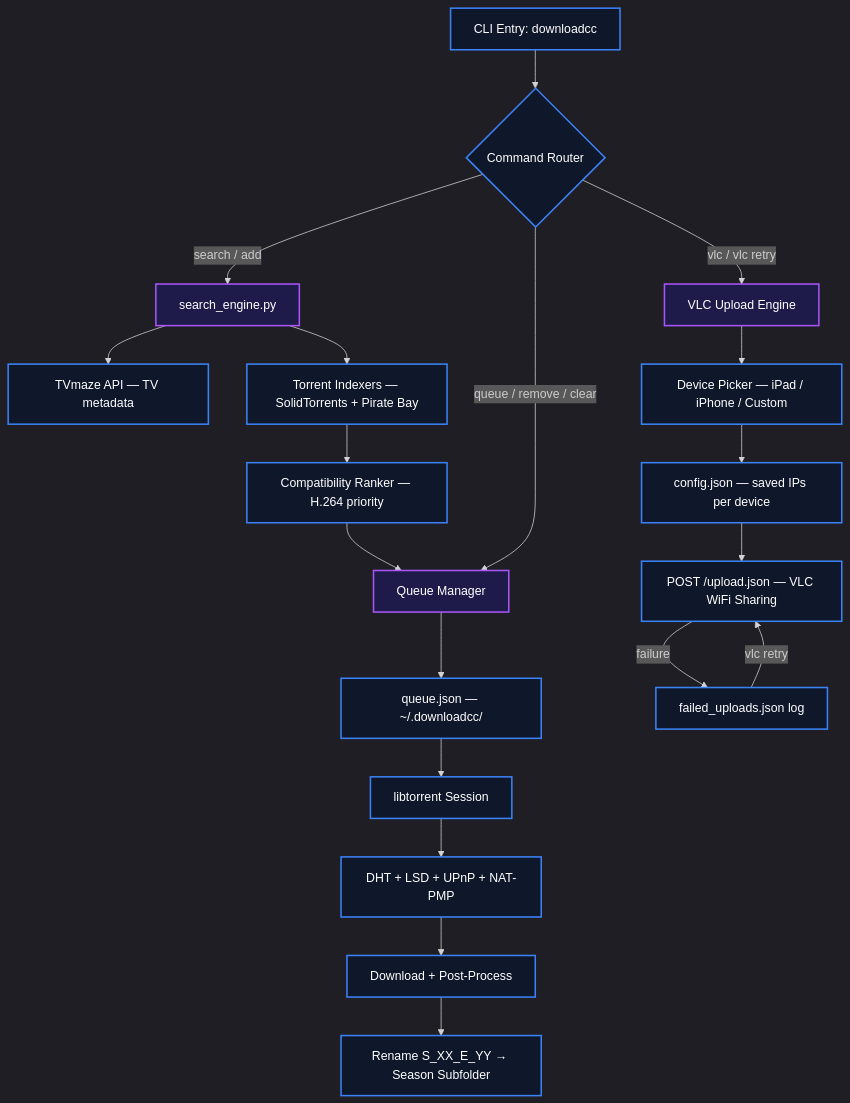
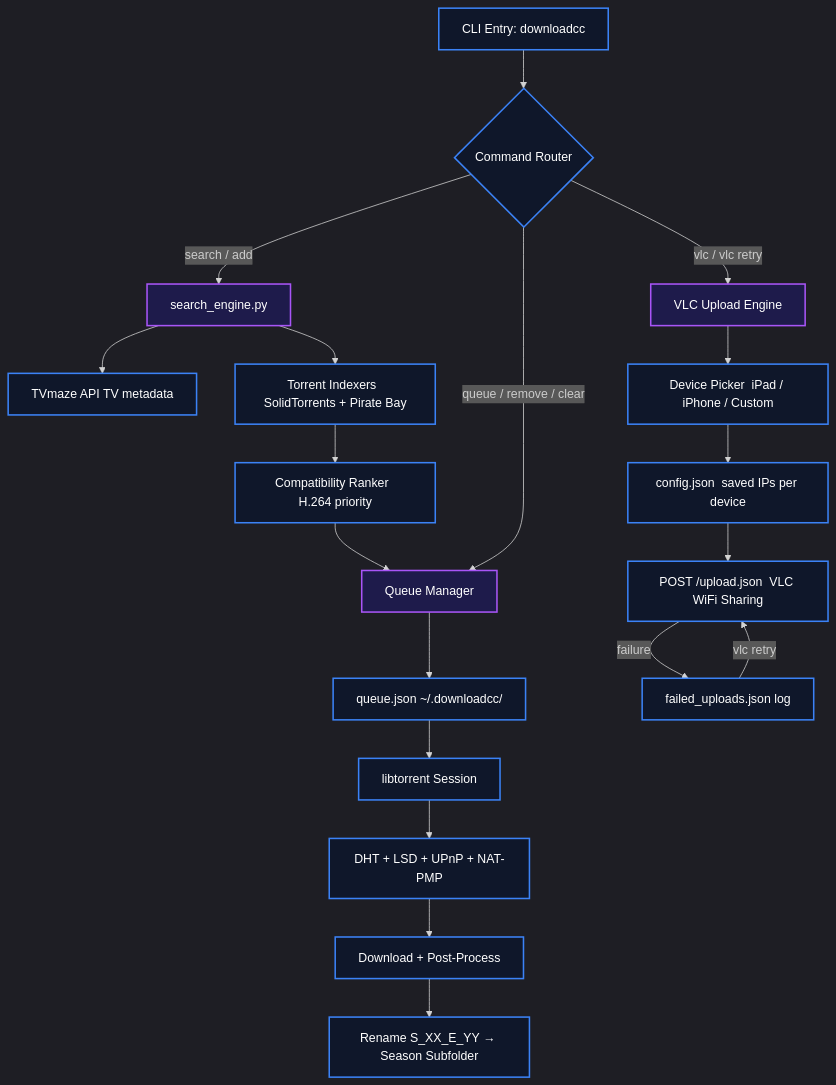
Before and after one commit to IamOumarIbrahim/downloadcc-vlc-streamer: the diagram in README.md, drawn with Mermaid. The commit also changed other lines of this file and 3 other files, not shown here.

````diff
--- a/README.md
+++ b/README.md
@@ -78,30 +78,30 @@
 ```mermaid
 %%{init: {'theme': 'dark'}}%%
 graph TD
     A[CLI Entry: downloadcc] --> B{Command Router}
 
     B -->|search / add| C[search_engine.py]
     B -->|queue / remove / clear| D[Queue Manager]
     B -->|vlc / vlc retry| E[VLC Upload Engine]
 
-    C --> C1[TVmaze API — TV metadata]
-    C --> C2[Torrent Indexers — SolidTorrents + Pirate Bay]
-    C2 --> C3[Compatibility Ranker — H.264 priority]
+    C --> C1[TVmaze API  TV metadata]
+    C --> C2[Torrent Indexers  SolidTorrents + Pirate Bay]
+    C2 --> C3[Compatibility Ranker  H.264 priority]
     C3 --> D
 
-    D --> D1[queue.json — ~/.downloadcc/]
+    D --> D1[queue.json  ~/.downloadcc/]
     D1 --> F[libtorrent Session]
     F --> F1[DHT + LSD + UPnP + NAT-PMP]
     F1 --> F2[Download + Post-Process]
     F2 --> F3[Rename S_XX_E_YY → Season Subfolder]
 
-    E --> E1[Device Picker — iPad / iPhone / Custom]
-    E1 --> E2[config.json — saved IPs per device]
-    E2 --> E3[POST /upload.json — VLC WiFi Sharing]
+    E --> E1[Device Picker  iPad / iPhone / Custom]
+    E1 --> E2[config.json  saved IPs per device]
+    E2 --> E3[POST /upload.json  VLC WiFi Sharing]
     E3 -->|failure| E4[failed_uploads.json log]
     E4 -->|vlc retry| E3
 
     classDef default fill:#0f172a,stroke:#3b82f6,stroke-width:2px,color:#fff;
     classDef process fill:#1e1b4b,stroke:#a855f7,stroke-width:2px,color:#fff;
     class C,D,E process;
 ```
````
